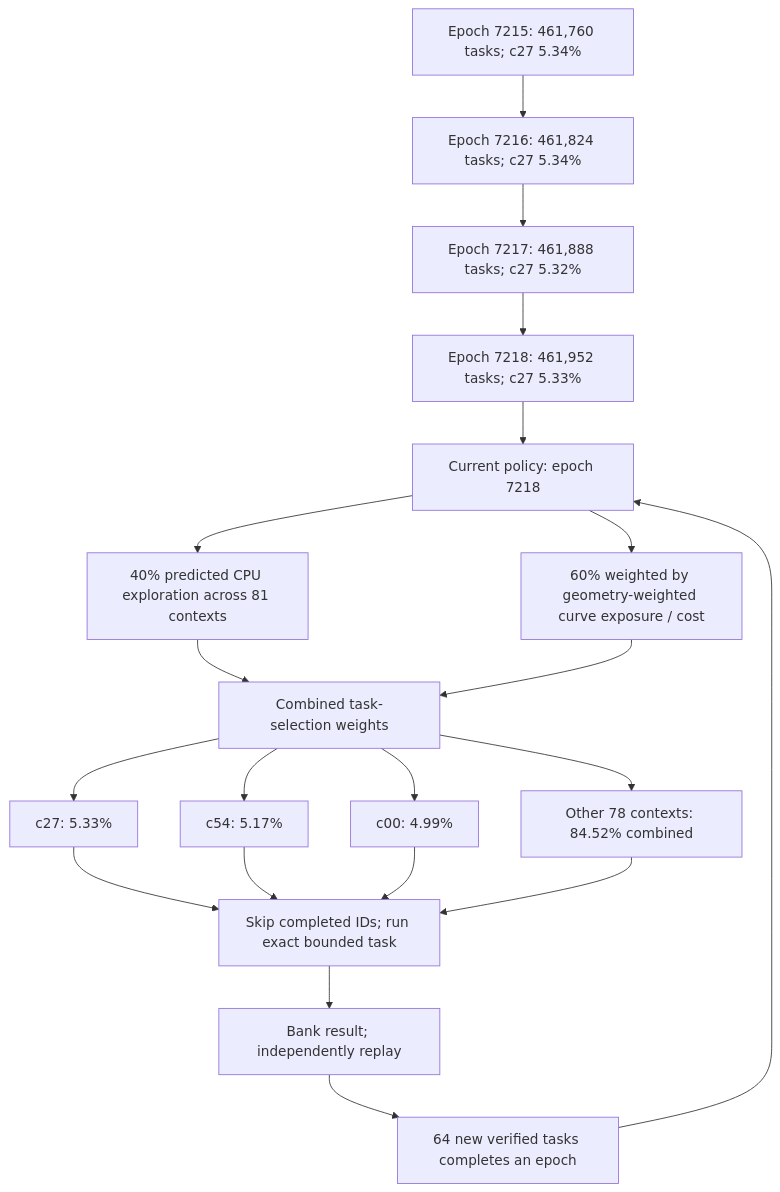
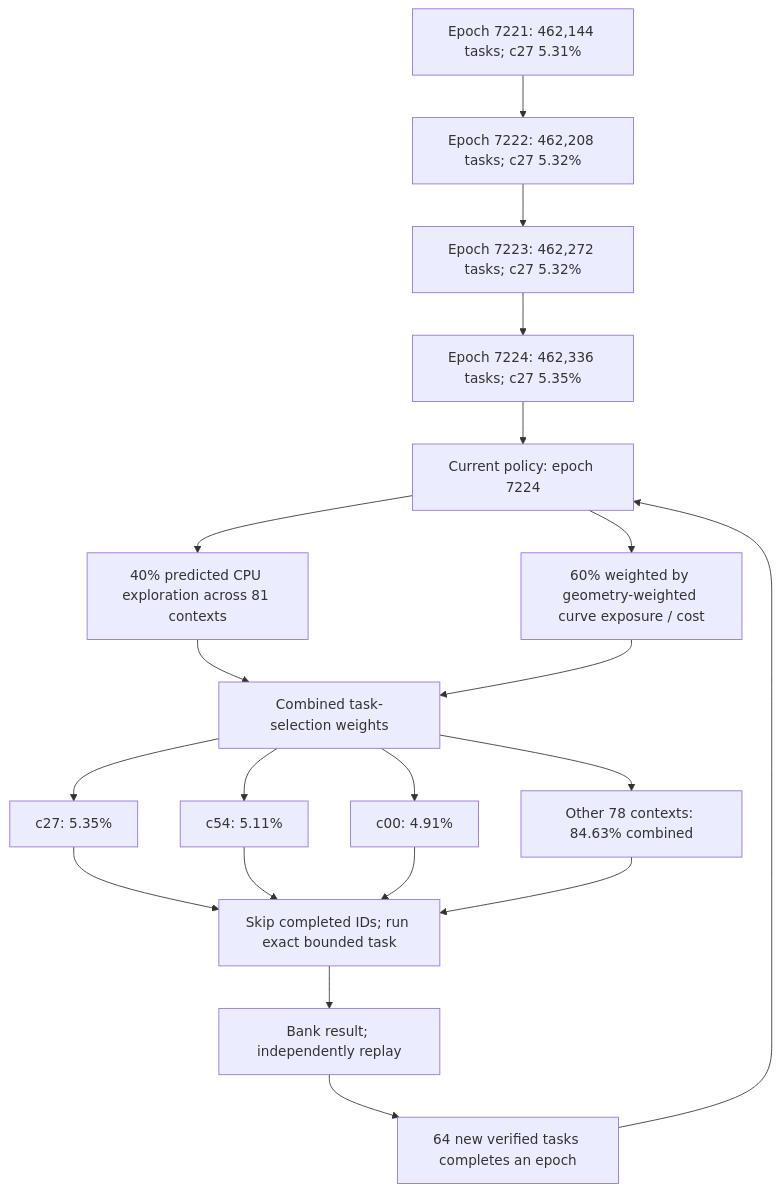
One commit to Kuberwastaken/math-gambling changed the first of 4 diagrams in README.md. Above: the diagram before and after it, drawn with Mermaid. The commit also changed other lines of this file and 1896 other files, not shown here.

````diff
--- a/README.md
+++ b/README.md
@@ -60,27 +60,27 @@
 ```mermaid
 flowchart TD
-    H0["Epoch 7215: 461,760 tasks; c27 5.34%"]
-    H1["Epoch 7216: 461,824 tasks; c27 5.34%"]
+    H0["Epoch 7221: 462,144 tasks; c27 5.31%"]
+    H1["Epoch 7222: 462,208 tasks; c27 5.32%"]
     H0 --> H1
-    H2["Epoch 7217: 461,888 tasks; c27 5.32%"]
+    H2["Epoch 7223: 462,272 tasks; c27 5.32%"]
     H1 --> H2
-    H3["Epoch 7218: 461,952 tasks; c27 5.33%"]
+    H3["Epoch 7224: 462,336 tasks; c27 5.35%"]
     H2 --> H3
-    Policy["Current policy: epoch 7218"]
+    Policy["Current policy: epoch 7224"]
     H3 --> Policy
     Policy --> Explore["40% predicted CPU exploration across 81 contexts"]
     Policy --> Cost["60% weighted by geometry-weighted curve exposure / cost"]
     Explore --> Mix["Combined task-selection weights"]
     Cost --> Mix
-    Mix --> C0["c27: 5.33%"]
-    Mix --> C1["c54: 5.17%"]
-    Mix --> C2["c00: 4.99%"]
-    Mix --> Rest["Other 78 contexts: 84.52% combined"]
+    Mix --> C0["c27: 5.35%"]
+    Mix --> C1["c54: 5.11%"]
+    Mix --> C2["c00: 4.91%"]
+    Mix --> Rest["Other 78 contexts: 84.63% combined"]
     C0 --> Check["Skip completed IDs; run exact bounded task"]
     C1 --> Check
     C2 --> Check
     Rest --> Check
     Check --> Replay["Bank result; independently replay"]
     Replay --> Gate["64 new verified tasks completes an epoch"]
     Gate --> Policy
 ```
````
